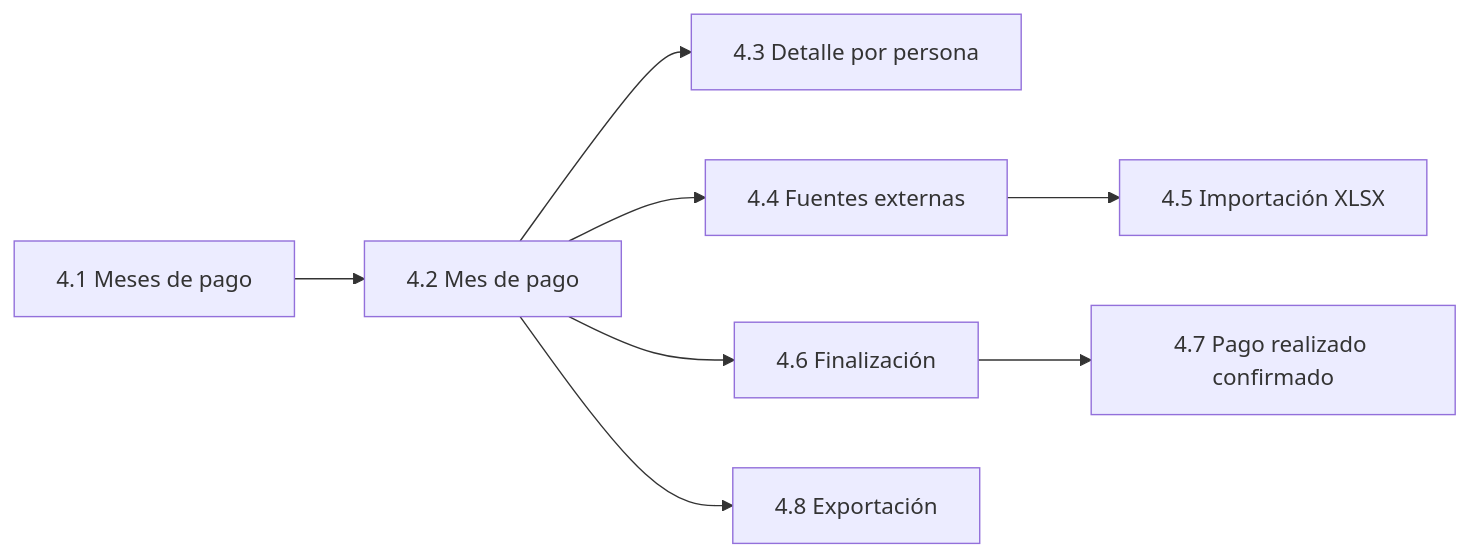
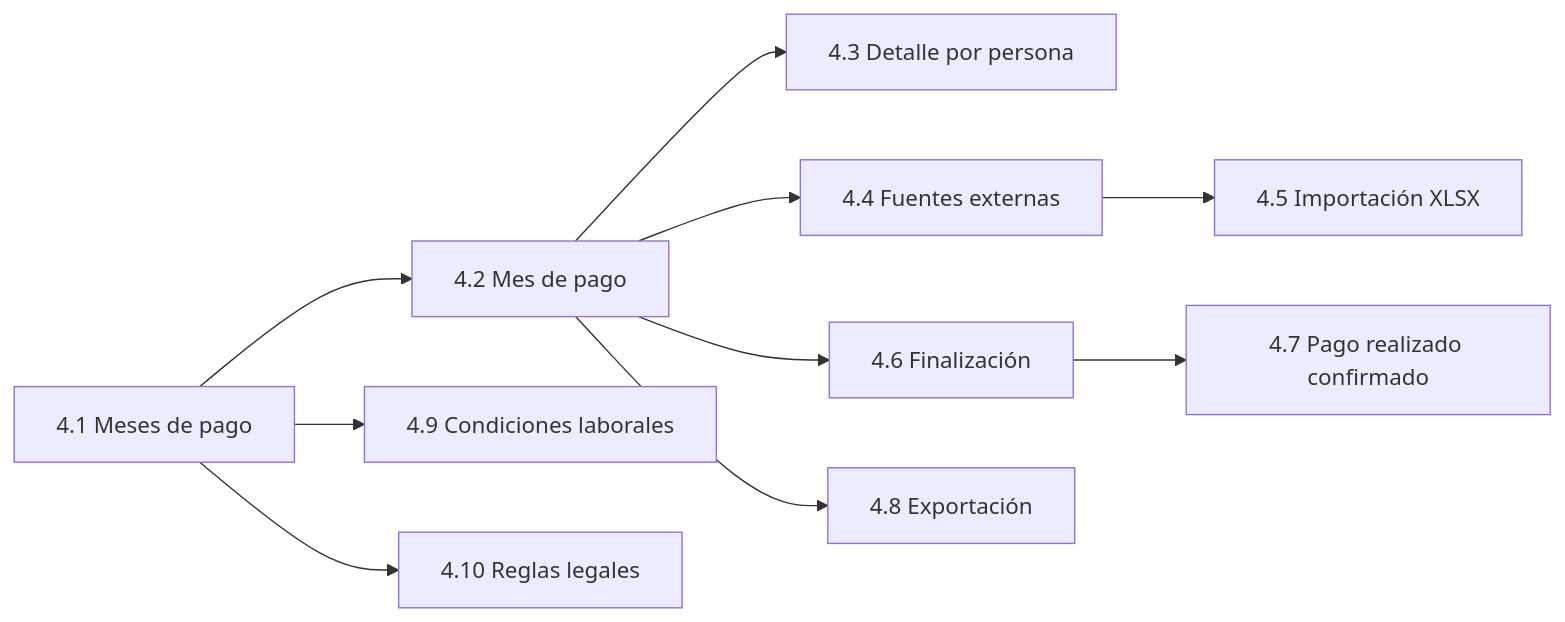
Before and after one commit to diego-valdettaro/gestor-planilla-patty: the diagram in docs/diseno-interaccion-pagos.md, drawn with Mermaid. The commit also changed other lines of this file and 1 other file, not shown here.

First line of the commit message:
Diseña las pantallas de condiciones laborales y reglas legales dentro de Pagos (#106)

````diff
--- a/docs/diseno-interaccion-pagos.md
+++ b/docs/diseno-interaccion-pagos.md
@@ -66,10 +66,12 @@
 ```mermaid
 flowchart LR
     L["4.1 Meses de pago"] --> M["4.2 Mes de pago"]
     M --> P["4.3 Detalle por persona"]
     M --> F["4.4 Fuentes externas"]
     F --> I["4.5 Importación XLSX"]
     M --> Z["4.6 Finalización"]
     Z --> C["4.7 Pago realizado confirmado"]
     M --> E["4.8 Exportación"]
+    L --> K["4.9 Condiciones laborales"]
+    L --> G["4.10 Reglas legales"]
 ```
````
